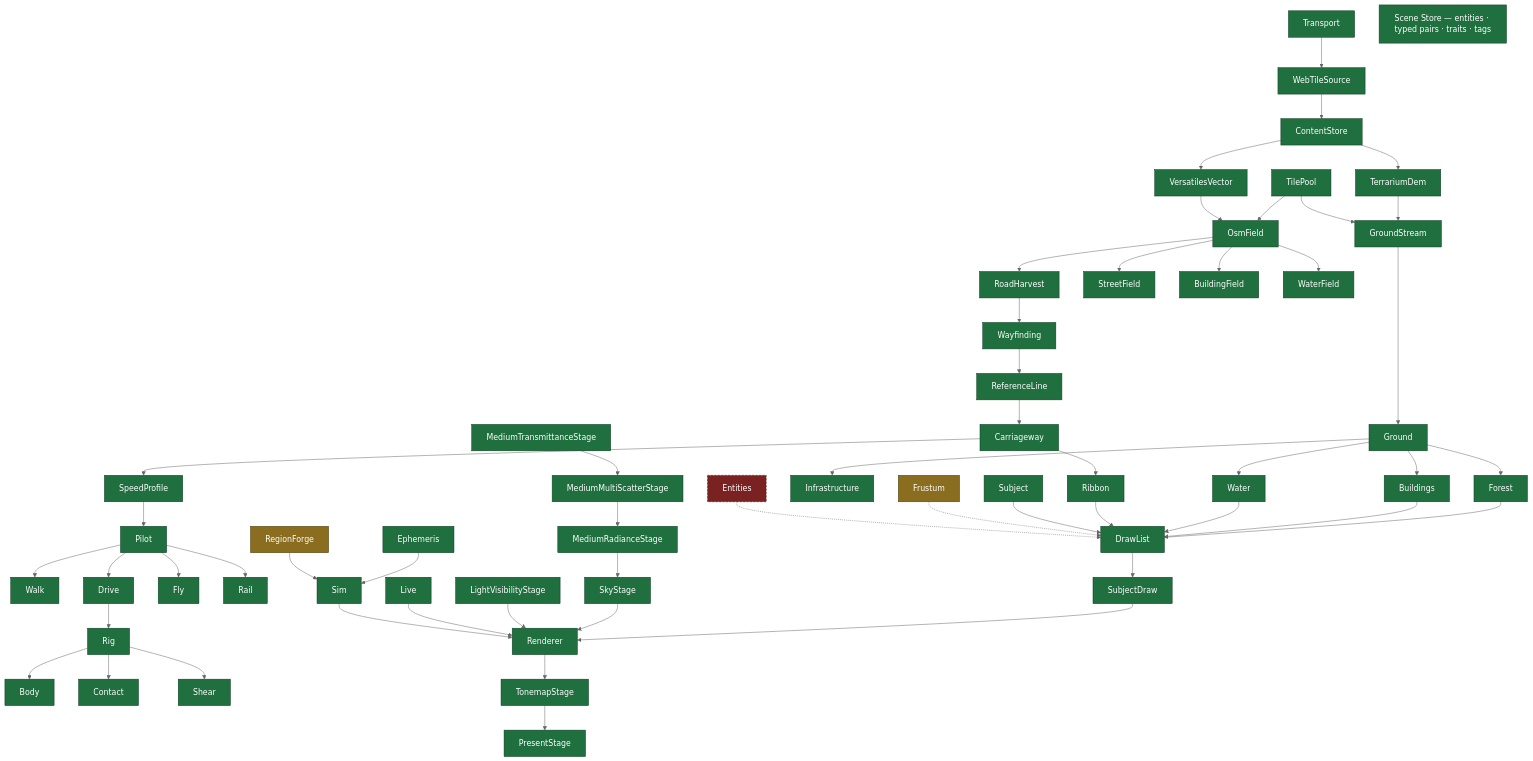
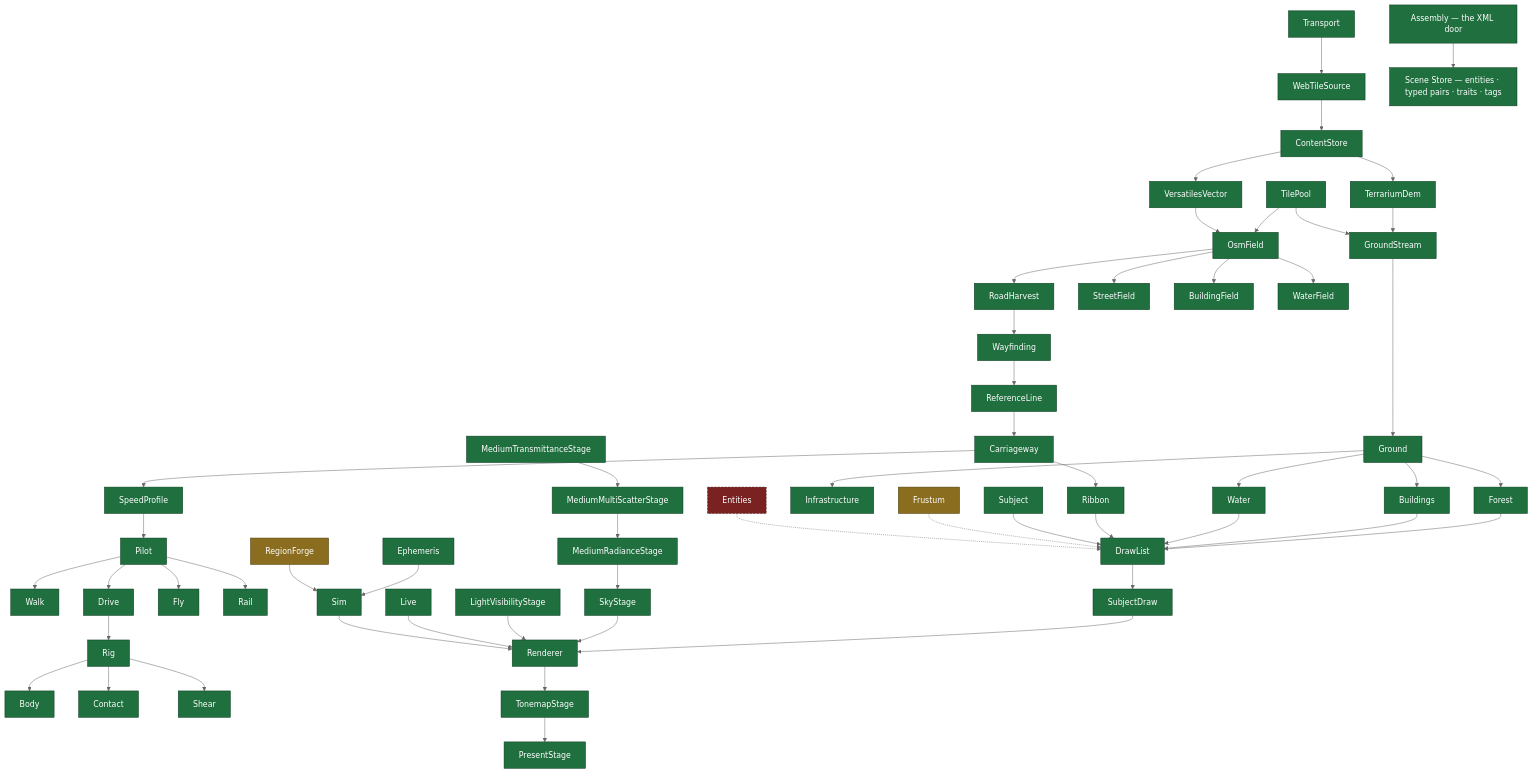
Before and after one commit to Weichwolf/outshine: the fifth of 8 diagrams in CLAUDE.md, drawn with Mermaid (neutral theme). The commit also changed 5 other files, not shown here.

````diff
--- a/CLAUDE.md
+++ b/CLAUDE.md
@@ -118,29 +118,29 @@
 ```mermaid
 flowchart TD
   Transport --> WebTileSource --> ContentStore --> TerrariumDem & VersatilesVector
   TerrariumDem --> GroundStream
   TilePool --> GroundStream & OsmField
   VersatilesVector --> OsmField --> RoadHarvest --> Wayfinding
   OsmField --> StreetField & BuildingField & WaterField
   GroundStream --> Ground --> Forest & Buildings & Water & Infrastructure
   Wayfinding --> ReferenceLine --> Carriageway --> Ribbon
   Carriageway --> SpeedProfile --> Pilot --> Walk & Drive & Fly & Rail
   Drive --> Rig --> Body
   Rig --> Contact & Shear
   Forest & Buildings & Water & Ribbon & Subject --> DrawList
   DrawList --> SubjectDraw --> Renderer
   MediumTransmittanceStage --> MediumMultiScatterStage --> MediumRadianceStage --> SkyStage --> Renderer
   LightVisibilityStage --> Renderer --> TonemapStage --> PresentStage
   Live --> Renderer
   Ephemeris & RegionForge --> Sim --> Renderer
   Frustum -.-> DrawList
   Entities -.-> DrawList
-  SceneStore["Scene Store — entities · typed pairs · traits · tags"]
+  Assembly["Assembly — the XML door"] --> SceneStore["Scene Store — entities · typed pairs · traits · tags"]
 
   classDef built fill:#1f6f3f,stroke:#0d3b21,color:#fff
   classDef idle fill:#8a6d1f,stroke:#4a3a0d,color:#fff
   classDef absent fill:#7a2222,stroke:#3d1111,color:#fff,stroke-dasharray:4 3
-  class Transport,WebTileSource,ContentStore,TerrariumDem,VersatilesVector,TilePool,GroundStream,OsmField,RoadHarvest,Wayfinding,StreetField,BuildingField,WaterField,Ground,Forest,Buildings,Water,Infrastructure,ReferenceLine,Carriageway,Ribbon,SpeedProfile,Pilot,Walk,Drive,Fly,Rail,Rig,Body,Contact,Shear,Subject,DrawList,SubjectDraw,Renderer,TonemapStage,PresentStage,Live,Sim,SceneStore,Ephemeris,MediumTransmittanceStage,MediumMultiScatterStage,MediumRadianceStage,SkyStage,LightVisibilityStage built
+  class Transport,WebTileSource,ContentStore,TerrariumDem,VersatilesVector,TilePool,GroundStream,OsmField,RoadHarvest,Wayfinding,StreetField,BuildingField,WaterField,Ground,Forest,Buildings,Water,Infrastructure,ReferenceLine,Carriageway,Ribbon,SpeedProfile,Pilot,Walk,Drive,Fly,Rail,Rig,Body,Contact,Shear,Subject,DrawList,SubjectDraw,Renderer,TonemapStage,PresentStage,Live,Sim,Assembly,SceneStore,Ephemeris,MediumTransmittanceStage,MediumMultiScatterStage,MediumRadianceStage,SkyStage,LightVisibilityStage built
   class Frustum,RegionForge idle
   class Entities absent
 ```
````
